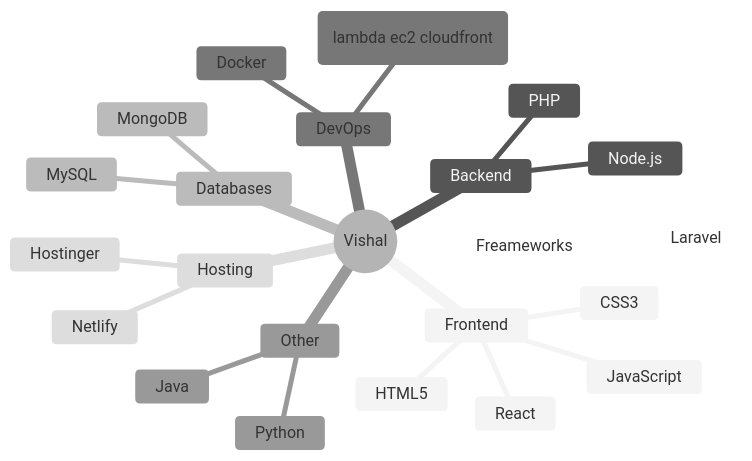
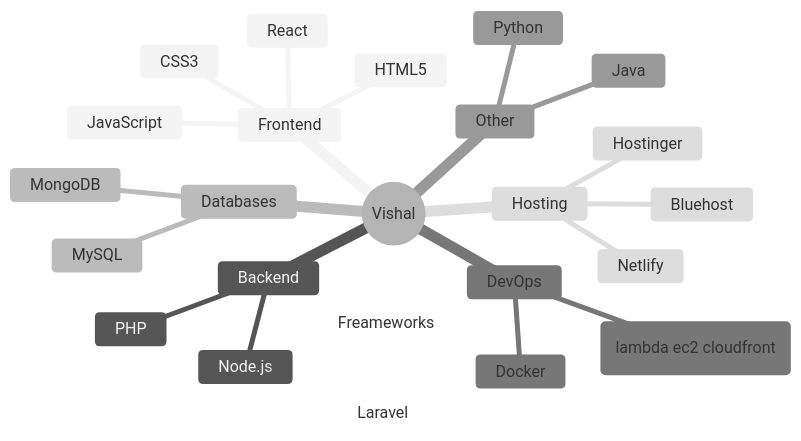
The diagram in README.md (VISHAL-50/VISHAL-50), drawn with Mermaid (neutral theme) before and after one commit.

````diff
--- a/README.md
+++ b/README.md
@@ -18,27 +18,28 @@
 ```mermaid
 mindmap
   root((Vishal))
     Frontend
       HTML5
       CSS3
       JavaScript
       React
     Backend
       Node.js
       PHP
     Databases
       MySQL
       MongoDB
     DevOps
       Docker
       AWS( lambda ec2 cloudfront)
     Other
       Python
       Java
     Hosting
       Hostinger
       Netlify
+      Bluehost
     Freameworks
       Laravel
       
 ```
````
